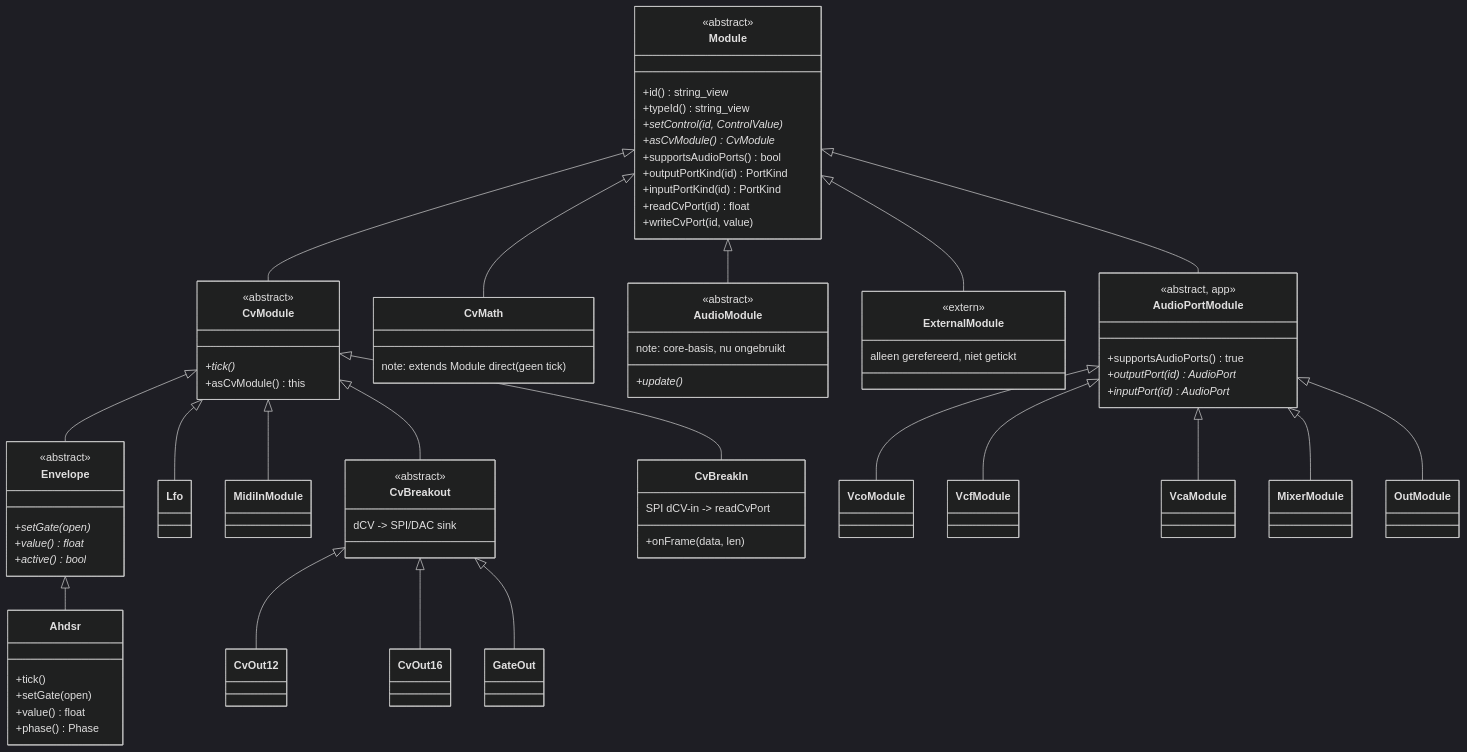
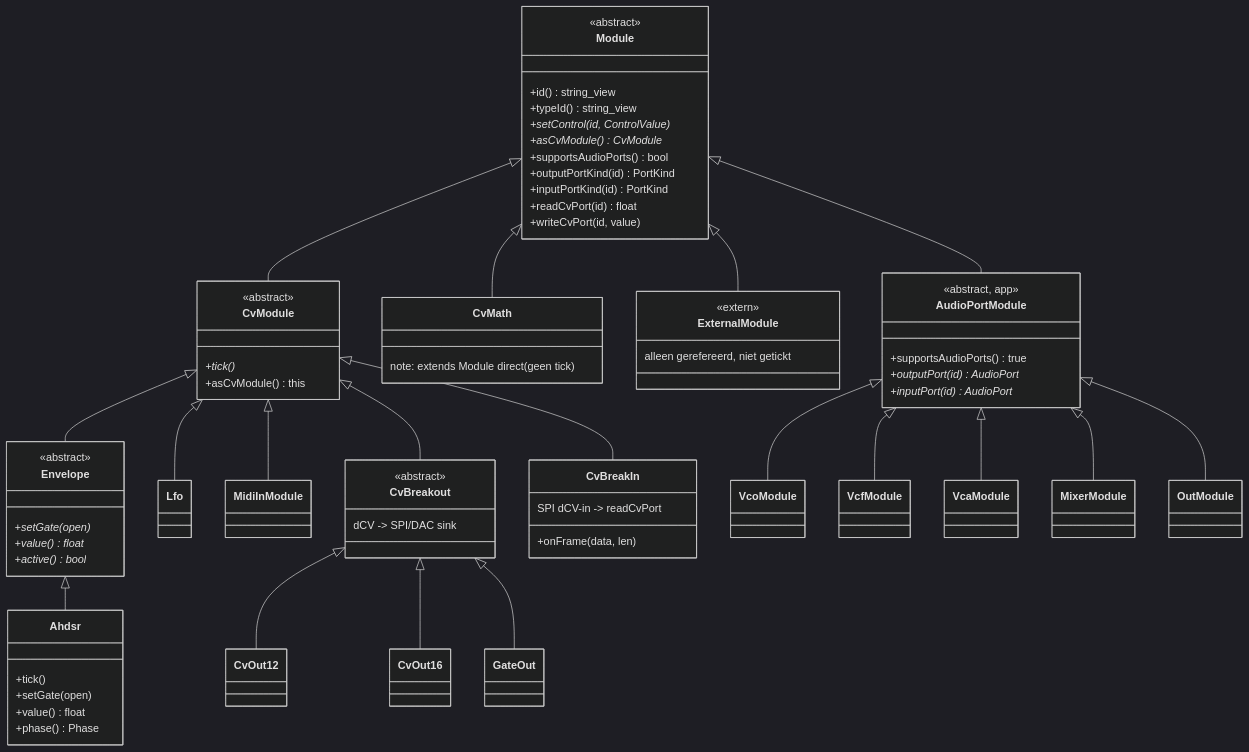
The first of 3 diagrams in doc/uml/08-core-runtime-hierarchy.md (MarkWestbroek/MusicBrain), drawn with Mermaid (dark theme) before and after one commit. The commit also changed other lines of this file and 6 other files, not shown here.

```diff
--- a/doc/uml/08-core-runtime-hierarchy.md
+++ b/doc/uml/08-core-runtime-hierarchy.md
@@ -67,11 +67,6 @@
         +onFrame(data, len)
     }
 
-    class AudioModule {
-        <<abstract>>
-        +update()*
-        note: core-basis, nu ongebruikt
-    }
     class ExternalModule {
         <<extern>>
         alleen gerefereerd, niet getickt
@@ -91,7 +86,6 @@
 
     Module <|-- CvModule
     Module <|-- CvMath
-    Module <|-- AudioModule
     Module <|-- ExternalModule
     Module <|-- AudioPortModule
 
```
